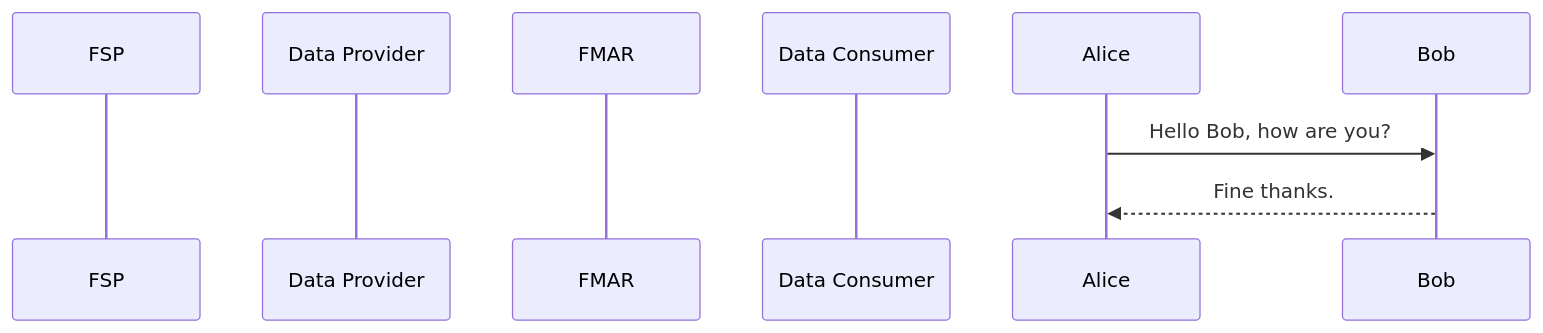
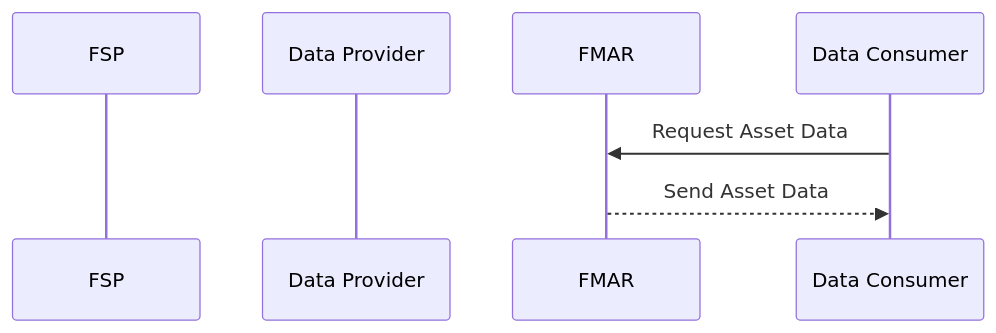
The second of 4 diagrams in docs/Market_Facilitator/FMAR_Design/Data_Architecture/Sequence_Diagram_centralised_Vs_Decentralised.md (mez-FMDA/test2), drawn with Mermaid before and after one commit. The commit also changed other lines of this file, not shown here.

````diff
--- a/docs/Market_Facilitator/FMAR_Design/Data_Architecture/Sequence_Diagram_centralised_Vs_Decentralised.md
+++ b/docs/Market_Facilitator/FMAR_Design/Data_Architecture/Sequence_Diagram_centralised_Vs_Decentralised.md
@@ -41,11 +41,11 @@
 ```mermaid
 sequenceDiagram
     participant FSP
     participant Data Provider
     participant FMAR
     participant Data Consumer
     
-    Alice->>Bob: Hello Bob, how are you?
-    Bob-->>Alice: Fine thanks.
+    Data Consumer->>FMAR: Request Asset Data
+    FMAR-->>Data Consumer: Send Asset Data
 
 ```
````
